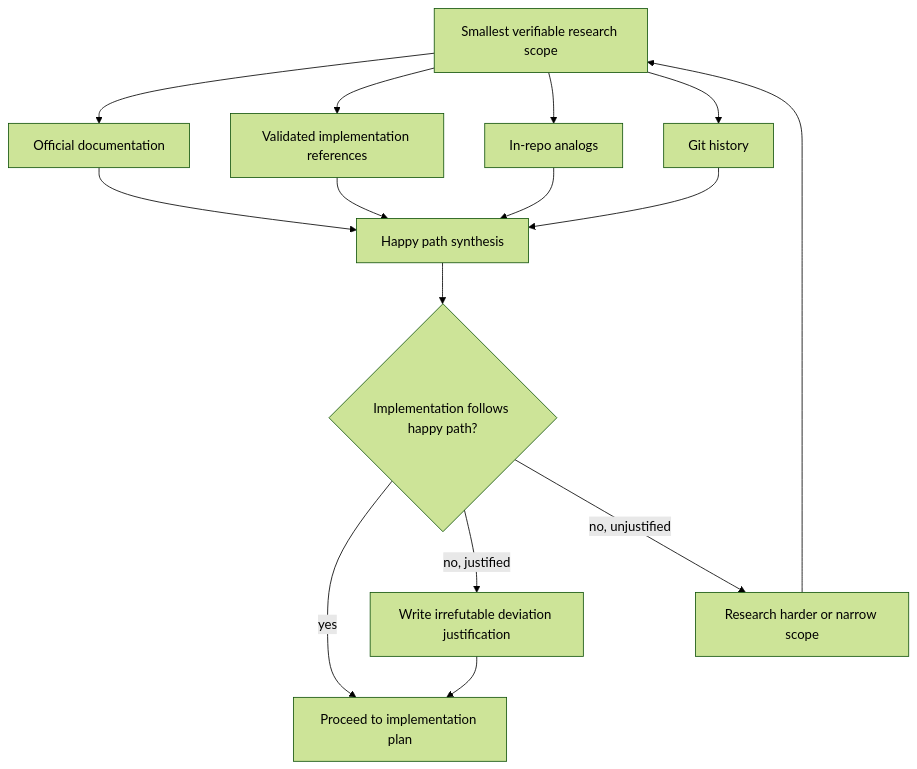
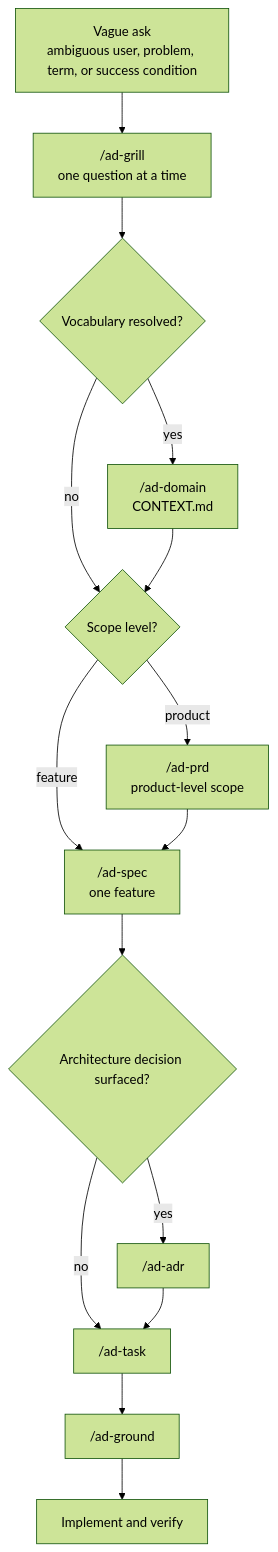
The fifth of 9 diagrams in WORKFLOW-FLOWS.md (alexandremendoncaalvaro/agentic-development), drawn with Mermaid (forest theme) before and after one commit. The commit also changed other lines of this file, not shown here.

First line of the commit message:
docs(workflow): route flows by installed skill scenario

````diff
--- a/WORKFLOW-FLOWS.md
+++ b/WORKFLOW-FLOWS.md
@@ -110,28 +185,30 @@
 ```mermaid
 flowchart TD
-    Scope["Smallest verifiable research scope"]
-    Official["Official documentation"]
-    References["Validated implementation references"]
-    InRepo["In-repo analogs"]
-    History["Git history"]
-    Happy["Happy path synthesis"]
-    Decision{"Implementation follows happy path?"}
-    Implement["Proceed to implementation plan"]
-    Justify["Write irrefutable deviation justification"]
-    Loop["Research harder or narrow scope"]
+    Ask["Vague ask<br>ambiguous user, problem, term, or success condition"]
+    Grill["/ad-grill<br>one question at a time"]
+    Term{"Vocabulary resolved?"}
+    Domain["/ad-domain<br>CONTEXT.md"]
+    Scope{"Scope level?"}
+    Product["/ad-prd<br>product-level scope"]
+    Feature["/ad-spec<br>one feature"]
+    Decision{"Architecture decision surfaced?"}
+    Adr["/ad-adr"]
+    Task["/ad-task"]
+    Ground["/ad-ground"]
+    Implement["Implement and verify"]
 
-    Scope --> Official
-    Scope --> References
-    Scope --> InRepo
-    Scope --> History
-    Official --> Happy
-    References --> Happy
-    InRepo --> Happy
-    History --> Happy
-    Happy --> Decision
-    Decision -->|yes| Implement
-    Decision -->|no, justified| Justify
-    Justify --> Implement
-    Decision -->|no, unjustified| Loop
-    Loop --> Scope
+    Ask --> Grill
+    Grill --> Term
+    Term -->|yes| Domain
+    Term -->|no| Scope
+    Domain --> Scope
+    Scope -->|product| Product
+    Scope -->|feature| Feature
+    Product --> Feature
+    Feature --> Decision
+    Decision -->|yes| Adr
+    Decision -->|no| Task
+    Adr --> Task
+    Task --> Ground
+    Ground --> Implement
 ```
````
